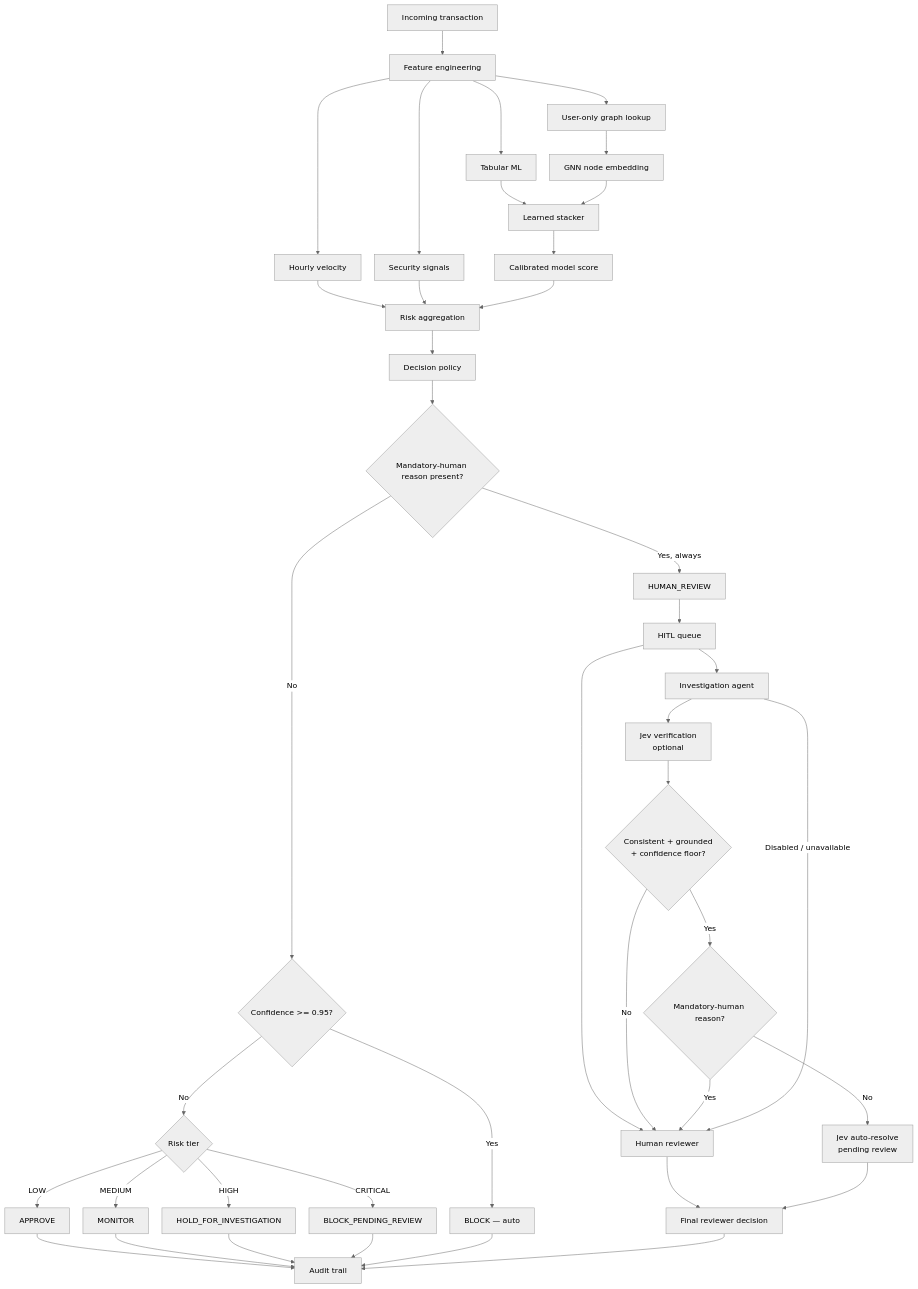
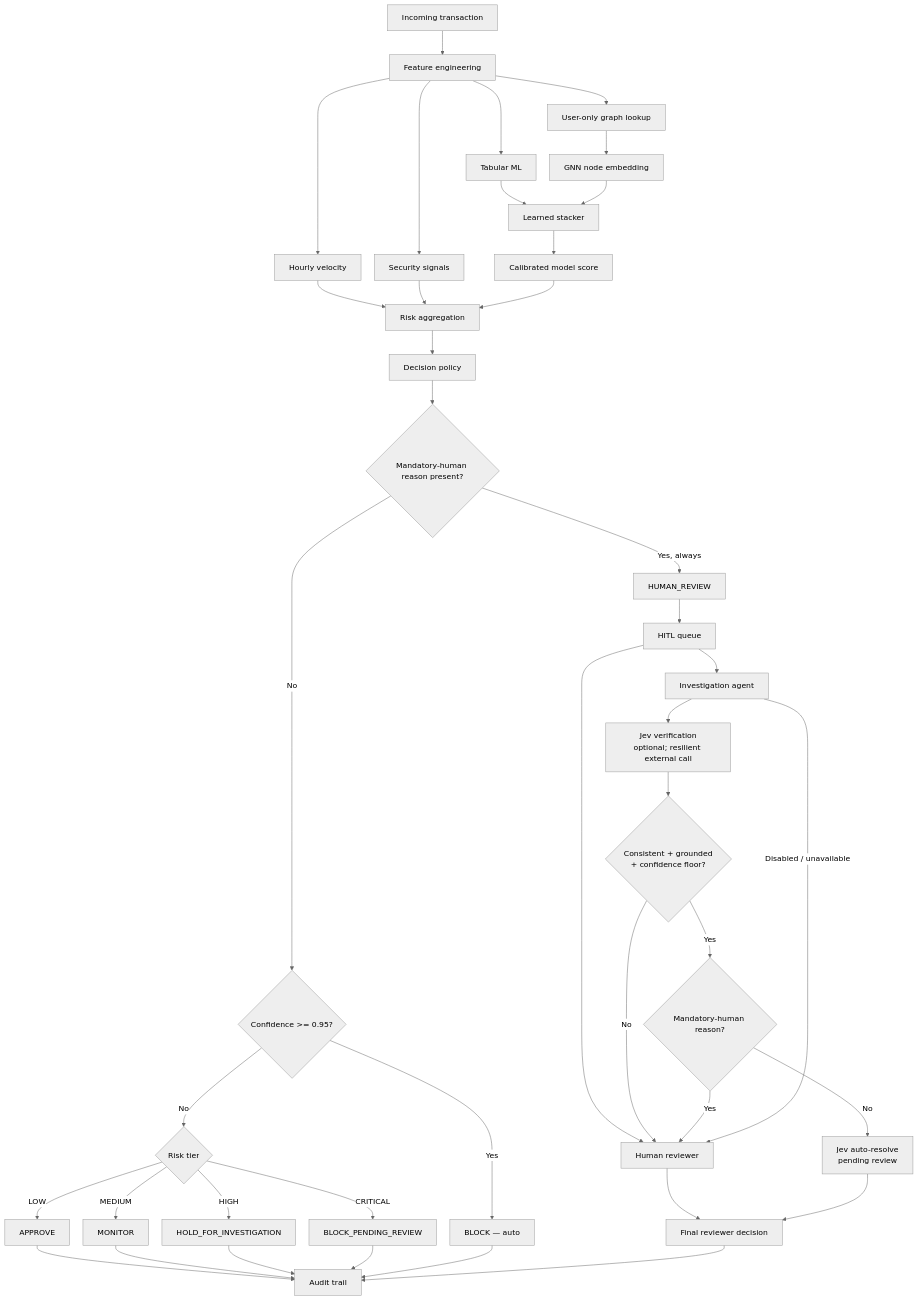
The diagram in docs/diagrams/transaction-flow.mmd (Dikshu015/RazorRisk-Agentic-AI-Payment-Fraud-Risk-Investigation-Platform), drawn with Mermaid (neutral theme) before and after one commit.

Commit message:
Update transaction flow with Jev verification

```diff
--- a/docs/diagrams/transaction-flow.mmd
+++ b/docs/diagrams/transaction-flow.mmd
@@ -1,42 +1,42 @@
 %%{init: {'flowchart': {'nodeSpacing': 28, 'rankSpacing': 50}}}%%
 flowchart TB
     T[Incoming transaction] --> F[Feature engineering]
     F --> V[Hourly velocity]
     F --> S[Security signals]
     F --> TM[Tabular ML]
     F --> G[User-only graph lookup]
     G --> GN[GNN node embedding]
     TM --> ST[Learned stacker]
     GN --> ST
     ST --> CS[Calibrated model score]
     V --> RA[Risk aggregation]
     S --> RA
     CS --> RA
     RA --> P[Decision policy]
     P --> M{Mandatory-human reason present?}
     M -->|Yes, always| R[HUMAN_REVIEW]
     M -->|No| C{Confidence >= 0.95?}
     C -->|Yes| B[BLOCK — auto]
     C -->|No| TIER{Risk tier}
     TIER -->|LOW| A[APPROVE]
     TIER -->|MEDIUM| MON[MONITOR]
     TIER -->|HIGH| HOLD[HOLD_FOR_INVESTIGATION]
     TIER -->|CRITICAL| BPR[BLOCK_PENDING_REVIEW]
     R --> Q[HITL queue]
     Q --> HR[Human reviewer]
     Q --> I[Investigation agent]
-    I --> J[Jev verification<br/>optional]
+    I --> J[Jev verification<br/>optional; resilient external call]
     J --> JV{Consistent + grounded<br/>+ confidence floor?}
     JV -->|No| HR
     JV -->|Yes| MH{Mandatory-human reason?}
     MH -->|Yes| HR
     MH -->|No| AR[Jev auto-resolve<br/>pending review]
     I -->|Disabled / unavailable| HR
     HR --> D[Final reviewer decision]
     AR --> D
     A --> AU[Audit trail]
     MON --> AU
     HOLD --> AU
     BPR --> AU
     B --> AU
     D --> AU
```
